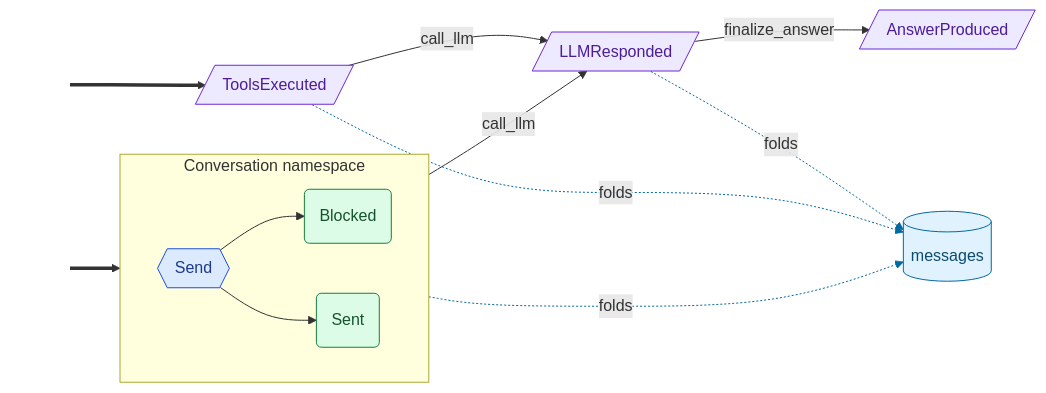
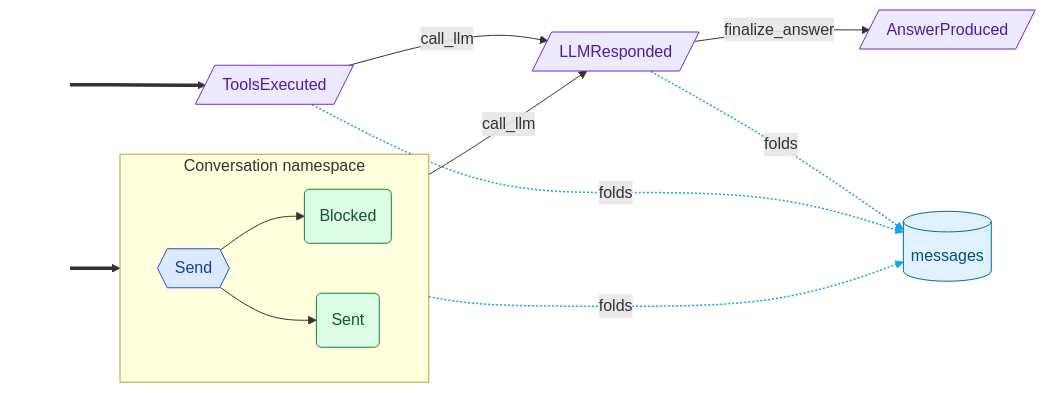
The second of 2 diagrams in examples/conversation.graph.md (cadance-io/langgraph-events), drawn with Mermaid before and after one commit. The commit also changed other lines of this file and 14 other files, not shown here.

First line of the commit message:
feat: add notes to diagram nodes, and draw no entry arrow in a focus

````diff
--- a/examples/conversation.graph.md
+++ b/examples/conversation.graph.md
@@ -54,33 +54,33 @@
 ```mermaid
 graph LR
     classDef entry fill:none,stroke:none,color:none
     classDef cmd fill:#dbeafe,stroke:#1d4ed8,color:#1e3a8a
     classDef devt fill:#dcfce7,stroke:#15803d,color:#14532d
     classDef intg fill:#ede9fe,stroke:#6d28d9,color:#4c1d95
     classDef syst fill:#fef3c7,stroke:#b45309,color:#78350f
     classDef halt fill:#fef3c7,stroke:#b45309,color:#78350f,stroke-width:3px,stroke-dasharray:4 2
     classDef inv fill:#ffedd5,stroke:#c2410c,color:#7c2d12
     classDef reducer fill:#e0f2fe,stroke:#0369a1,color:#0c4a6e
     subgraph Conversation["Conversation namespace"]
         direction LR
         Blocked(Blocked):::devt
         Send{{Send}}:::cmd
         Sent(Sent):::devt
     end
     AnswerProduced[/AnswerProduced/]:::intg
     LLMResponded[/LLMResponded/]:::intg
     ToolsExecuted[/ToolsExecuted/]:::intg
     _reducer_messages[(messages)]:::reducer
     _e0_[ ]:::entry ==> Send
     _e1_[ ]:::entry ==> ToolsExecuted
     Send --> Sent
     Send --> Blocked
     Sent -->|call_llm| LLMResponded
     ToolsExecuted -->|call_llm| LLMResponded
     LLMResponded -->|finalize_answer| AnswerProduced
     Sent -.->|folds| _reducer_messages
     LLMResponded -.->|folds| _reducer_messages
     ToolsExecuted -.->|folds| _reducer_messages
 %% Side-effect handlers: audit_trail (Auditable)
-    linkStyle 7,8,9 stroke:#0369a1,stroke-dasharray:2 2
+    linkStyle 7,8,9 stroke:#0ea5e9,stroke-width:1.5px,stroke-dasharray:2 2
 ```
````
